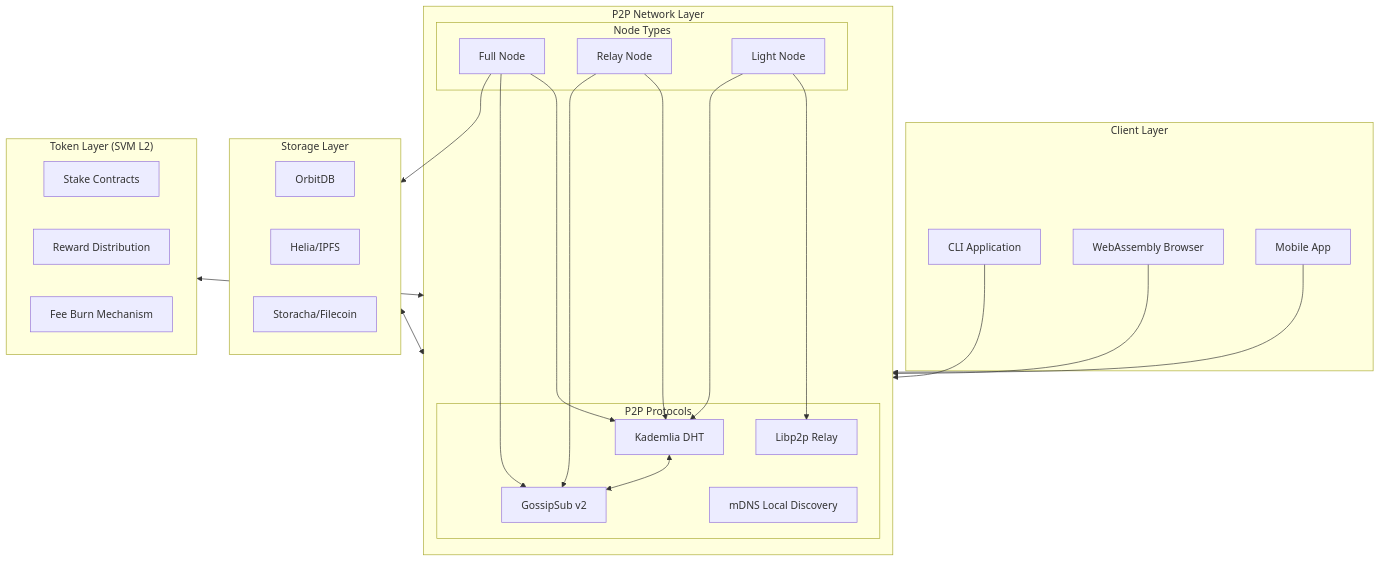
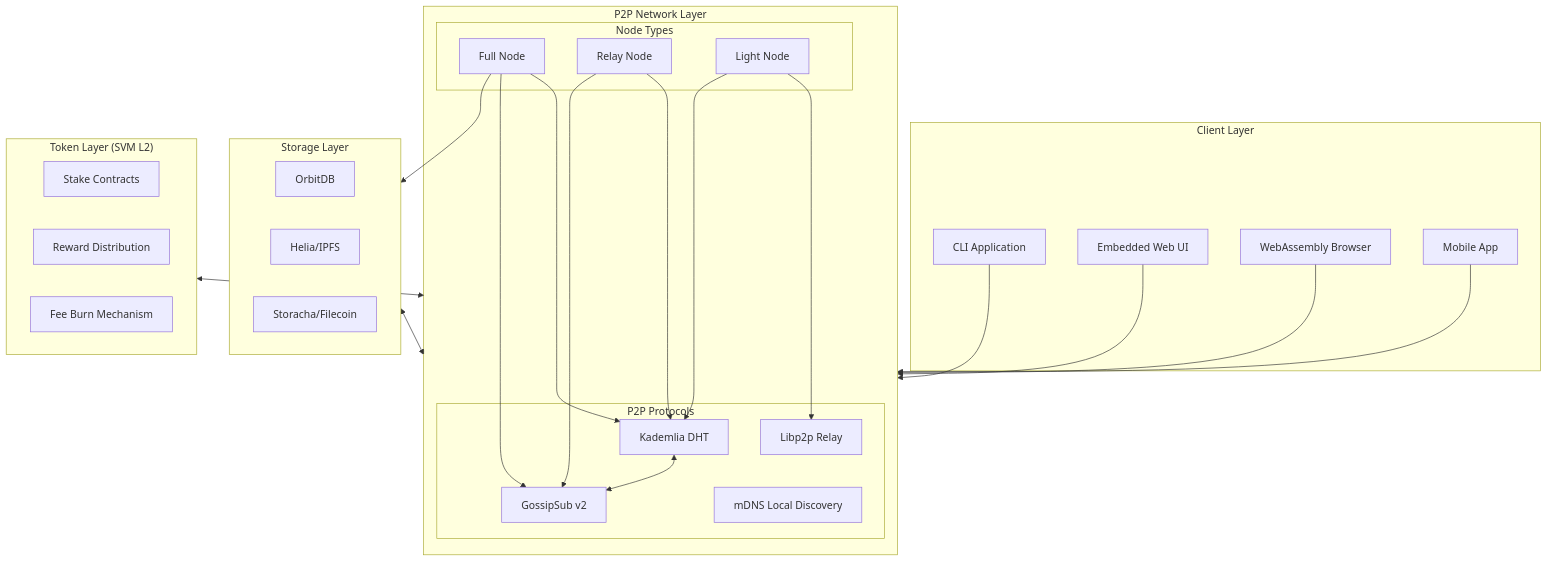
One commit to retiredroca/Mycelium changed the first of 30 diagrams in docs/architecture.md. Above: the diagram before and after it, drawn with Mermaid. The commit also changed other lines of this file and 5 other files, not shown here.

````diff
--- a/docs/architecture.md
+++ b/docs/architecture.md
@@ -9,53 +9,55 @@
 ```mermaid
 flowchart TB
     subgraph Client["Client Layer"]
         CLI[CLI Application]
+        WEBUI[Embedded Web UI]
         WEB[WebAssembly Browser]
         MOB[Mobile App]
     end
 
     subgraph P2P["P2P Network Layer"]
         subgraph NodeTypes["Node Types"]
             FN[Full Node]
             RN[Relay Node]
             LN[Light Node]
         end
         
         subgraph Protocols["P2P Protocols"]
             KAD[Kademlia DHT]
             GOSSIP[GossipSub v2]
             MDNS[mDNS Local Discovery]
             RELAY[Libp2p Relay]
         end
     end
 
     subgraph Storage["Storage Layer"]
         ODB[OrbitDB]
         HELIA[Helia/IPFS]
         STOR[Storacha/Filecoin]
     end
 
     subgraph Token["Token Layer (SVM L2)"]
         STAKE[Stake Contracts]
         REWARD[Reward Distribution]
         BURN[Fee Burn Mechanism]
     end
 
     CLI --> P2P
+    WEBUI --> P2P
     WEB --> P2P
     MOB --> P2P
     
     FN --> KAD
     FN --> GOSSIP
     FN --> Storage
     
     RN --> KAD
     RN --> GOSSIP
     
     LN --> RELAY
     LN --> KAD
     
     KAD <--> GOSSIP
     Storage <--> P2P
     Token <--> P2P
 ```
````
